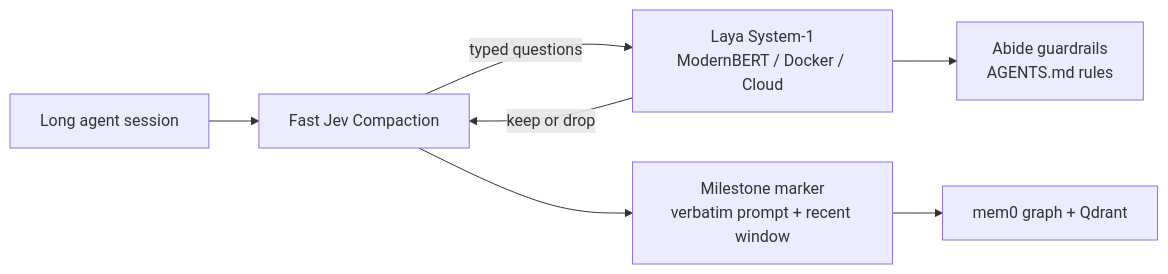
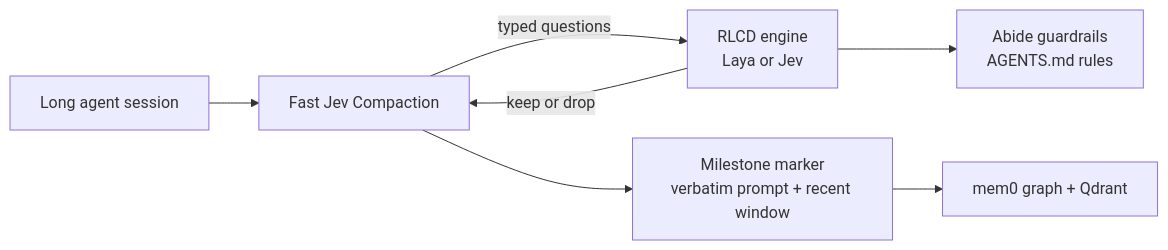
Before and after one commit to flashlan/aurapunk-ide: the second of 2 diagrams in README.md, drawn with Mermaid. The commit also changed other lines of this file and 14 other files, not shown here.

First line of the commit message:
docs(naming): RLCD is the engine, Laya/Jev are the models

````diff
--- a/README.md
+++ b/README.md
@@ -263,9 +267,9 @@
 ```mermaid
 flowchart LR
     Chat["Long agent session"] --> FJ["Fast Jev Compaction"]
-    FJ -->|typed questions| Laya["Laya System-1<br/>ModernBERT / Docker / Cloud"]
-    Laya -->|keep or drop| FJ
+    FJ -->|typed questions| RLCD["RLCD engine<br/>Laya or Jev"]
+    RLCD -->|keep or drop| FJ
     FJ --> Compact["Milestone marker<br/>verbatim prompt + recent window"]
-    Laya --> Abide["Abide guardrails<br/>AGENTS.md rules"]
+    RLCD --> Abide["Abide guardrails<br/>AGENTS.md rules"]
     Compact --> Mem0["mem0 graph + Qdrant"]
 ```
````
